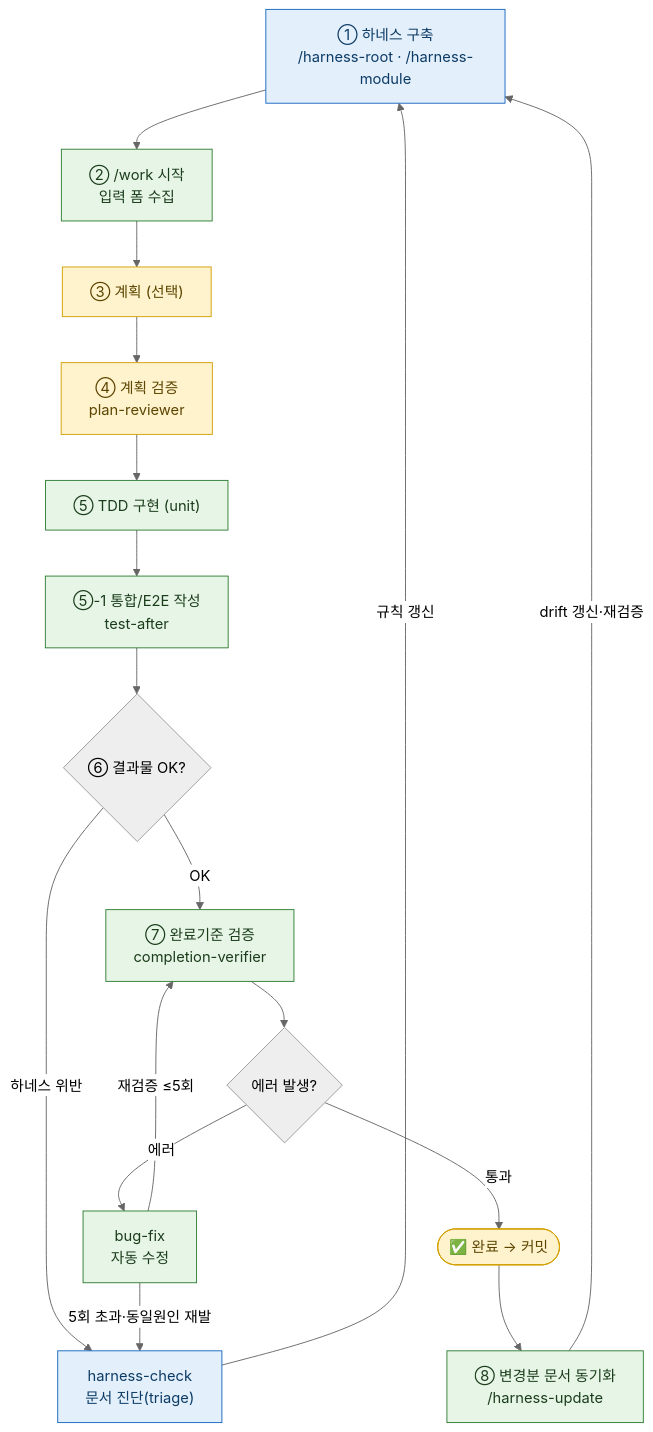
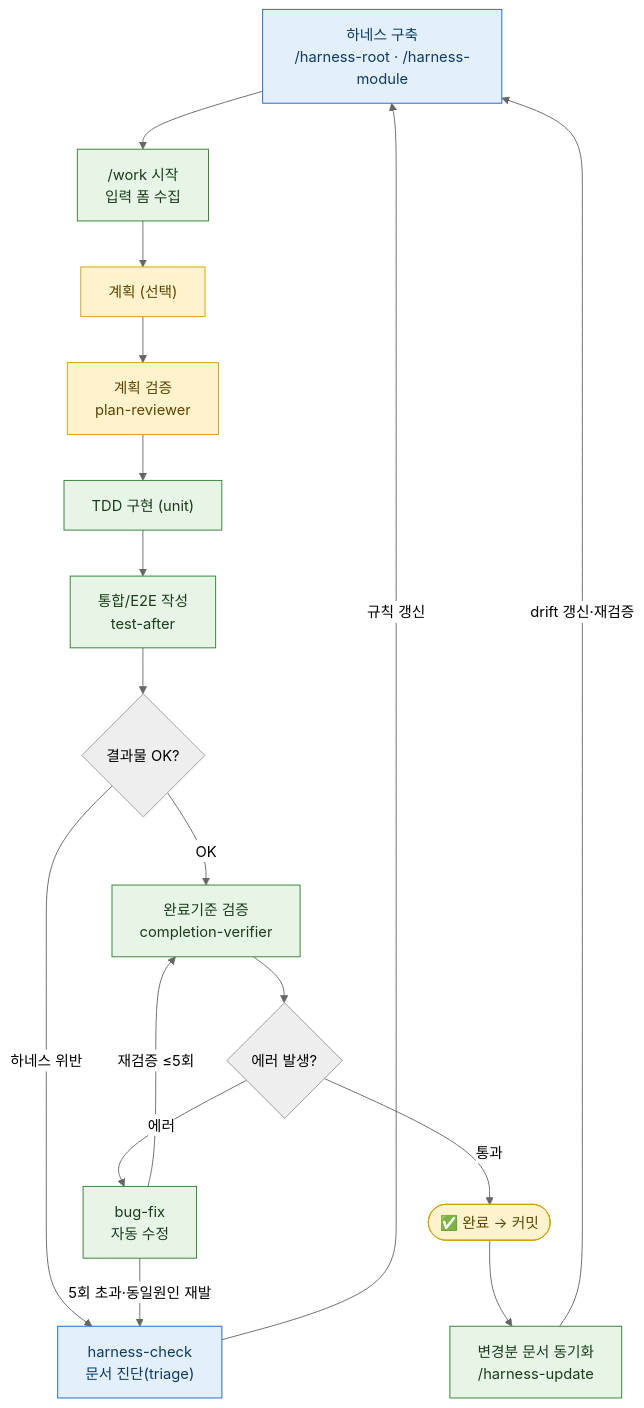
The diagram in README.md (yunjeLee/yeoboya_harness_plugin), drawn with Mermaid (neutral theme) before and after one commit. The commit also changed other lines of this file, not shown here.

````diff
--- a/README.md
+++ b/README.md
@@ -79,26 +79,26 @@
 ```mermaid
 flowchart TD
-    H["① 하네스 구축<br/>/harness-root · /harness-module"]:::harness
-    H --> W["② /work 시작<br/>입력 폼 수집"]:::auto
-    W --> P["③ 계획 (선택)"]:::gate
-    P --> PR["④ 계획 검증<br/>plan-reviewer"]:::gate
-    PR --> TDD["⑤ TDD 구현 (unit)"]:::auto
-    TDD --> IT["⑤-1 통합/E2E 작성<br/>test-after"]:::auto
-    IT --> Q{"⑥ 결과물 OK?"}
+    H["하네스 구축<br/>/harness-root · /harness-module"]:::harness
+    H --> W["/work 시작<br/>입력 폼 수집"]:::auto
+    W --> P["계획 (선택)"]:::gate
+    P --> PR["계획 검증<br/>plan-reviewer"]:::gate
+    PR --> TDD["TDD 구현 (unit)"]:::auto
+    TDD --> IT["통합/E2E 작성<br/>test-after"]:::auto
+    IT --> Q{"결과물 OK?"}
     Q -->|하네스 위반| HC
-    Q -->|OK| CRI["⑦ 완료기준 검증<br/>completion-verifier"]:::auto
+    Q -->|OK| CRI["완료기준 검증<br/>completion-verifier"]:::auto
     CRI --> Q2{에러 발생?}
     Q2 -->|에러| BF["bug-fix<br/>자동 수정"]:::auto
     BF -->|재검증 ≤5회| CRI
     Q2 -->|통과| DONE([✅ 완료 → 커밋]):::gate
-    DONE --> HU["⑧ 변경분 문서 동기화<br/>/harness-update"]:::auto
+    DONE --> HU["변경분 문서 동기화<br/>/harness-update"]:::auto
     HU -->|drift 갱신·재검증| H
 
     BF -->|5회 초과·동일원인 재발| HC
     HC["harness-check<br/>문서 진단(triage)"]:::harness
     HC -->|규칙 갱신| H
 
     classDef auto fill:#e7f5e7,stroke:#2e7d32,color:#1b3d1b
     classDef gate fill:#fff3cd,stroke:#d39e00,color:#5c4500
     classDef harness fill:#e3f0fb,stroke:#1565c0,color:#0d3b66
 ```
````
